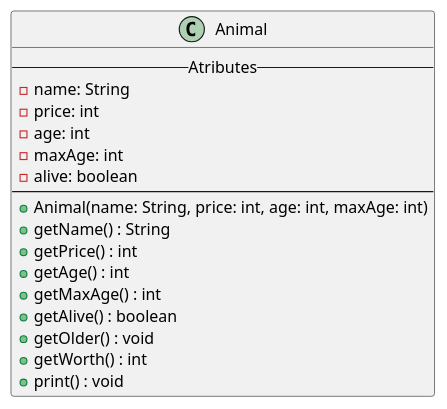
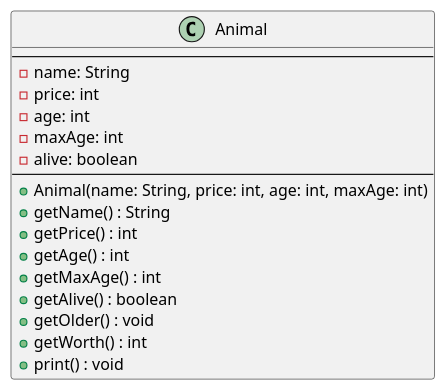
Before and after one commit to mittey68/dhbw_java_101: the diagram in readme/UML/v1/Animal.puml, drawn with PlantUML.

```diff
--- a/readme/UML/v1/Animal.puml
+++ b/readme/UML/v1/Animal.puml
@@ -1,20 +1,20 @@
 @startuml MyDiagramName
 class Animal {
-    -- Atributes --
+    ----
     - name: String
     - price: int
     - age: int
     - maxAge: int
     - alive: boolean
     ----
     + Animal(name: String, price: int, age: int, maxAge: int)
     + getName() : String
     + getPrice() : int
     + getAge() : int
     + getMaxAge() : int
     + getAlive() : boolean
     + getOlder() : void
     + getWorth() : int
     + print() : void
 }
 @enduml
```
